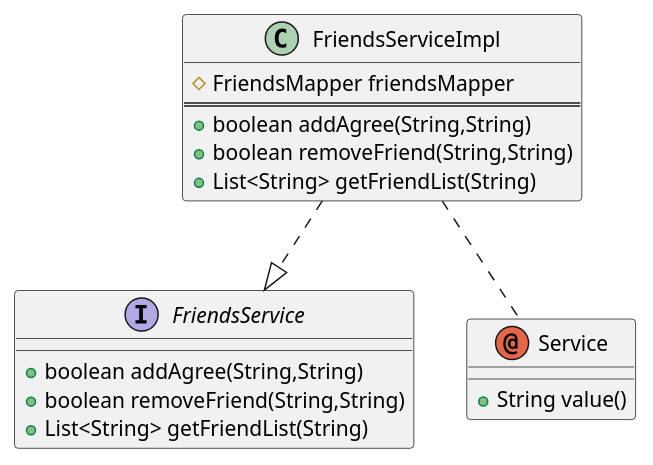
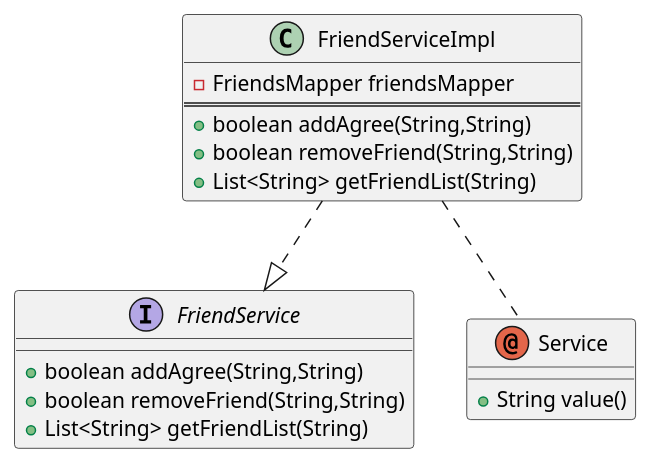
Before and after one commit to Guo-Chenxu/chatroom: the diagram in uml/ServerFriendServiceClassUML.puml, drawn with PlantUML. The commit also changed 11 other files, not shown here.

```diff
--- a/uml/ServerFriendServiceClassUML.puml
+++ b/uml/ServerFriendServiceClassUML.puml
@@ -1,24 +1,24 @@
 @startuml
 'https://plantuml.com/class-diagram
 
-interface FriendsService{
+interface FriendService{
 +boolean addAgree(String,String)
 +boolean removeFriend(String,String)
 +List<String> getFriendList(String)
 }
 
-class FriendsServiceImpl {
-#FriendsMapper friendsMapper
+class FriendServiceImpl {
+-FriendsMapper friendsMapper
 ==
 +boolean addAgree(String,String)
 +boolean removeFriend(String,String)
 +List<String> getFriendList(String)
 }
 
 annotation Service{
 +String value()
 }
 
-FriendsServiceImpl .. Service
-FriendsServiceImpl ..|> FriendsService
+FriendServiceImpl .. Service
+FriendServiceImpl ..|> FriendService
 @enduml
```
